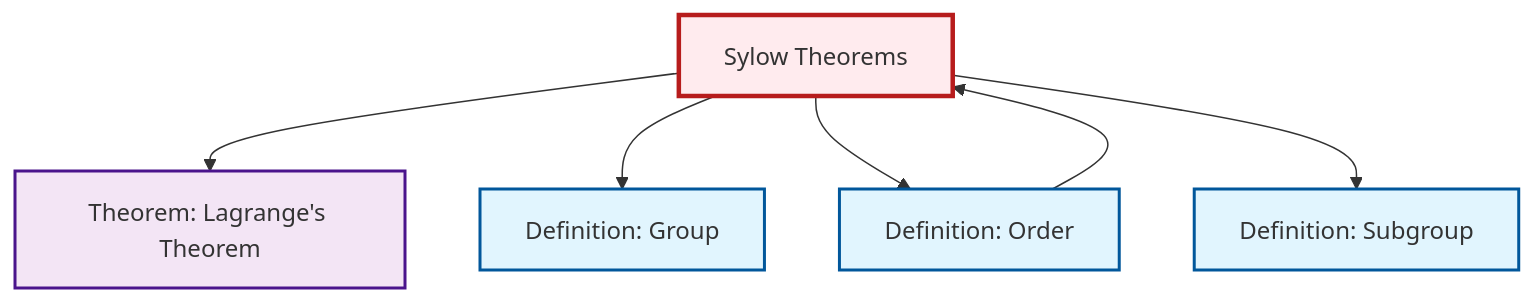
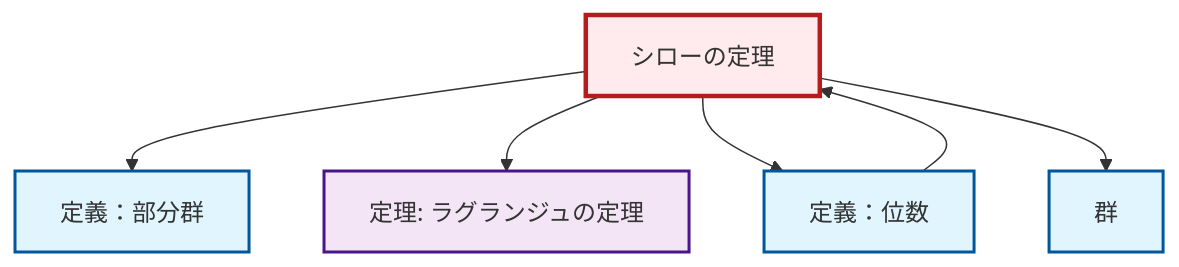
The diagram in content/ja/algebra/thm-sylow.qmd (RK0429/ModernMath), drawn with Mermaid before and after one commit. The commit also changed 1069 other files, not shown here.

````diff
--- a/content/ja/algebra/thm-sylow.qmd
+++ b/content/ja/algebra/thm-sylow.qmd
@@ -86,24 +86,24 @@
 ```{mermaid}
 %%| fig-cap: "Local dependency graph"
 graph TD
     classDef definition fill:#e1f5fe,stroke:#01579b,stroke-width:2px
     classDef theorem fill:#f3e5f5,stroke:#4a148c,stroke-width:2px
     classDef axiom fill:#fff3e0,stroke:#e65100,stroke-width:2px
     classDef example fill:#e8f5e9,stroke:#1b5e20,stroke-width:2px
     classDef current fill:#ffebee,stroke:#b71c1c,stroke-width:3px
-    def-group["Definition: Group"]:::definition
-    thm-sylow["Sylow Theorems"]:::theorem
-    def-order["Definition: Order"]:::definition
-    thm-lagrange["Theorem: Lagrange's Theorem"]:::theorem
-    def-subgroup["Definition: Subgroup"]:::definition
+    thm-lagrange["定理: ラグランジュの定理"]:::theorem
+    thm-sylow["シローの定理"]:::theorem
+    def-order["定義：位数"]:::definition
+    def-subgroup["定義：部分群"]:::definition
+    def-group["群"]:::definition
+    thm-sylow --> def-subgroup
+    def-order --> thm-sylow
     thm-sylow --> thm-lagrange
-    def-order --> thm-sylow
+    thm-sylow --> def-order
     thm-sylow --> def-group
-    thm-sylow --> def-order
-    thm-sylow --> def-subgroup
     class thm-sylow current
-    click def-group "def-group.html" "Definition: Groupへ"
-    click def-order "def-order.html" "Definition: Orderへ"
-    click thm-lagrange "thm-lagrange.html" "Theorem: Lagrange's Theoremへ"
-    click def-subgroup "def-subgroup.html" "Definition: Subgroupへ"
+    click thm-lagrange "thm-lagrange.html" "ラグランジュの定理の定理へ"
+    click def-order "def-order.html" "定義：位数へ"
+    click def-subgroup "def-subgroup.html" "定義：部分群へ"
+    click def-group "def-group.html" "群へ"
 ```
````
